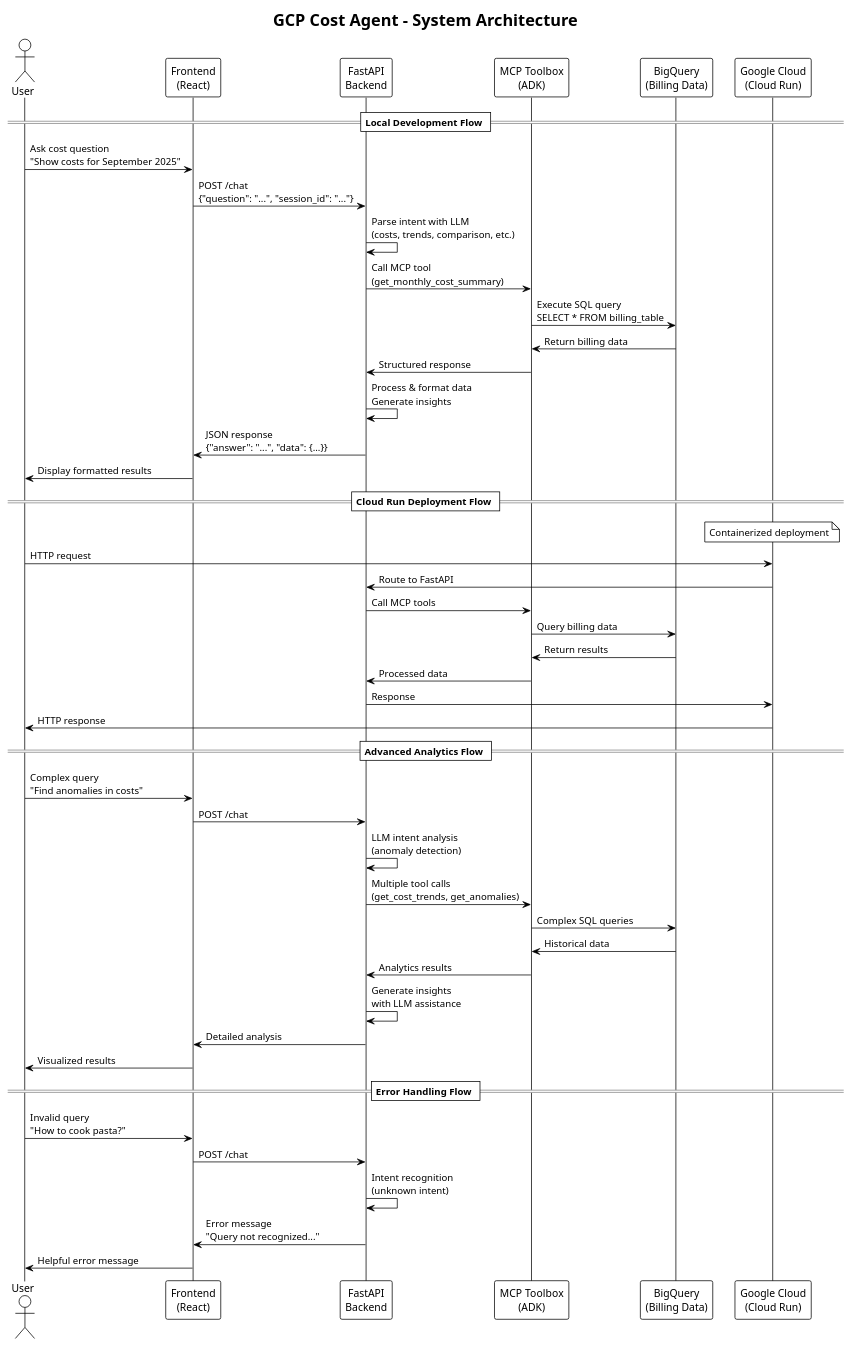
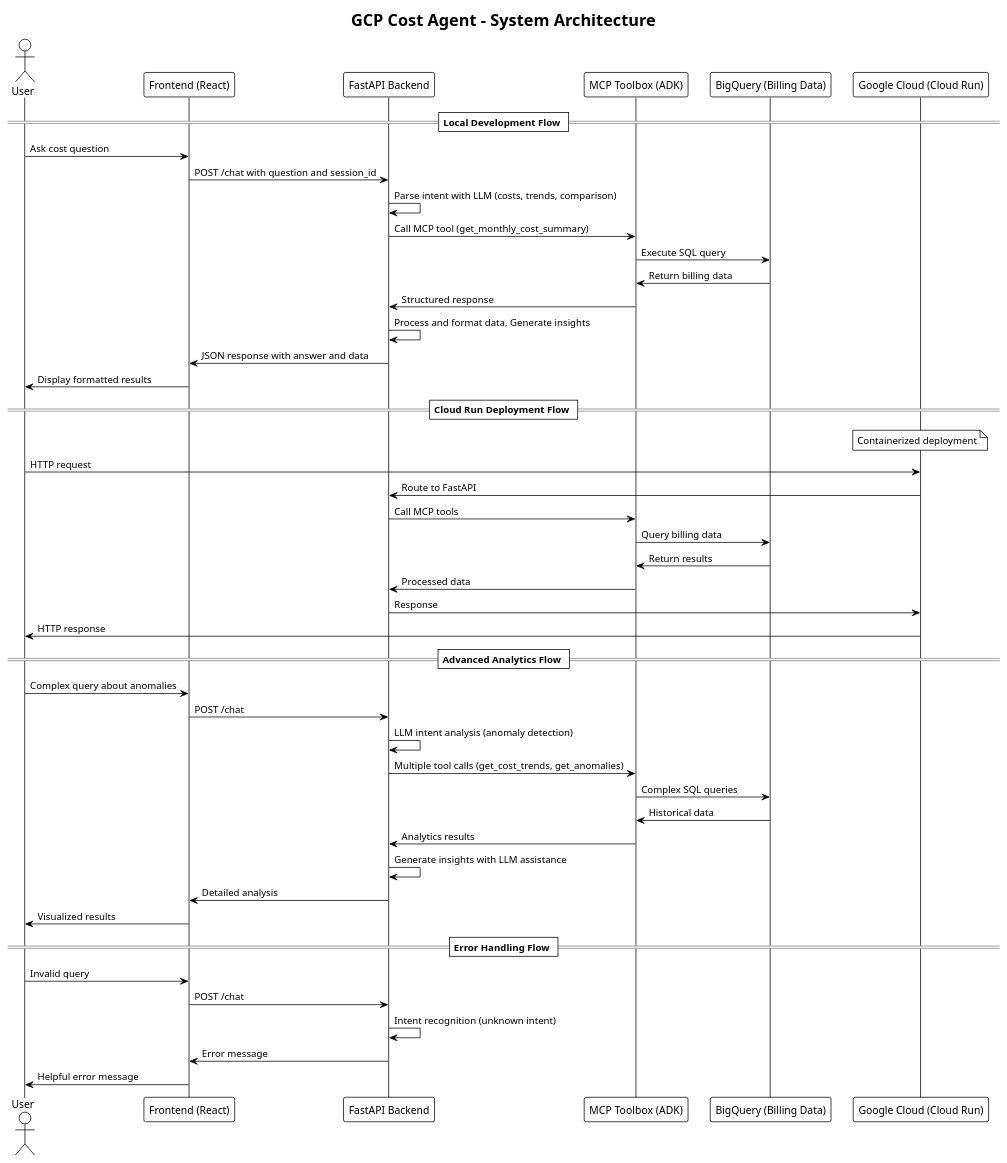
One commit to kirill-demidov/gcp-cost-agent changed the diagram in docs/architecture.puml. Above: the diagram before and after it, drawn with PlantUML. The commit also changed 3 other files, not shown here.

First line of the commit message:
Fix PlantUML syntax errors in diagrams

```diff
--- a/docs/architecture.puml
+++ b/docs/architecture.puml
@@ -1,58 +1,58 @@
 @startuml GCP Cost Agent Architecture
 !theme plain
 title GCP Cost Agent - System Architecture
 
 actor User
-participant "Frontend\n(React)" as Frontend
-participant "FastAPI\nBackend" as Backend
-participant "MCP Toolbox\n(ADK)" as Toolbox
-participant "BigQuery\n(Billing Data)" as BigQuery
-participant "Google Cloud\n(Cloud Run)" as CloudRun
+participant "Frontend (React)" as Frontend
+participant "FastAPI Backend" as Backend
+participant "MCP Toolbox (ADK)" as Toolbox
+participant "BigQuery (Billing Data)" as BigQuery
+participant "Google Cloud (Cloud Run)" as CloudRun
 
 == Local Development Flow ==
 
-User -> Frontend: Ask cost question\n"Show costs for September 2025"
-Frontend -> Backend: POST /chat\n{"question": "...", "session_id": "..."}
-Backend -> Backend: Parse intent with LLM\n(costs, trends, comparison, etc.)
-Backend -> Toolbox: Call MCP tool\n(get_monthly_cost_summary)
-Toolbox -> BigQuery: Execute SQL query\nSELECT * FROM billing_table
+User -> Frontend: Ask cost question
+Frontend -> Backend: POST /chat with question and session_id
+Backend -> Backend: Parse intent with LLM (costs, trends, comparison)
+Backend -> Toolbox: Call MCP tool (get_monthly_cost_summary)
+Toolbox -> BigQuery: Execute SQL query
 BigQuery -> Toolbox: Return billing data
 Toolbox -> Backend: Structured response
-Backend -> Backend: Process & format data\nGenerate insights
-Backend -> Frontend: JSON response\n{"answer": "...", "data": {...}}
+Backend -> Backend: Process and format data, Generate insights
+Backend -> Frontend: JSON response with answer and data
 Frontend -> User: Display formatted results
 
 == Cloud Run Deployment Flow ==
 
 note over CloudRun: Containerized deployment
 User -> CloudRun: HTTP request
 CloudRun -> Backend: Route to FastAPI
 Backend -> Toolbox: Call MCP tools
 Toolbox -> BigQuery: Query billing data
 BigQuery -> Toolbox: Return results
 Toolbox -> Backend: Processed data
 Backend -> CloudRun: Response
 CloudRun -> User: HTTP response
 
 == Advanced Analytics Flow ==
 
-User -> Frontend: Complex query\n"Find anomalies in costs"
+User -> Frontend: Complex query about anomalies
 Frontend -> Backend: POST /chat
-Backend -> Backend: LLM intent analysis\n(anomaly detection)
-Backend -> Toolbox: Multiple tool calls\n(get_cost_trends, get_anomalies)
+Backend -> Backend: LLM intent analysis (anomaly detection)
+Backend -> Toolbox: Multiple tool calls (get_cost_trends, get_anomalies)
 Toolbox -> BigQuery: Complex SQL queries
 BigQuery -> Toolbox: Historical data
 Toolbox -> Backend: Analytics results
-Backend -> Backend: Generate insights\nwith LLM assistance
+Backend -> Backend: Generate insights with LLM assistance
 Backend -> Frontend: Detailed analysis
 Frontend -> User: Visualized results
 
 == Error Handling Flow ==
 
-User -> Frontend: Invalid query\n"How to cook pasta?"
+User -> Frontend: Invalid query
 Frontend -> Backend: POST /chat
-Backend -> Backend: Intent recognition\n(unknown intent)
-Backend -> Frontend: Error message\n"Query not recognized..."
+Backend -> Backend: Intent recognition (unknown intent)
+Backend -> Frontend: Error message
 Frontend -> User: Helpful error message
 
 @enduml
```
